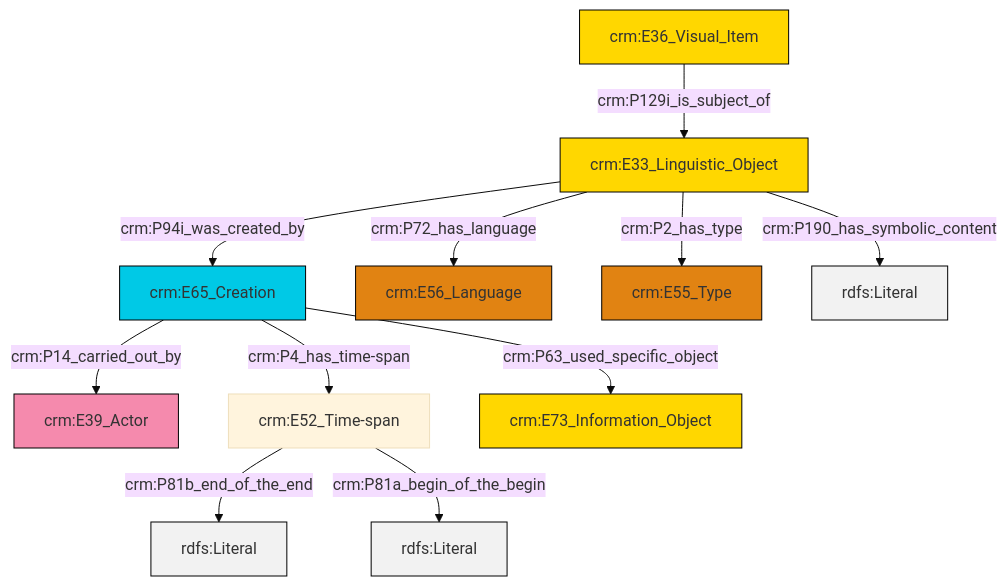
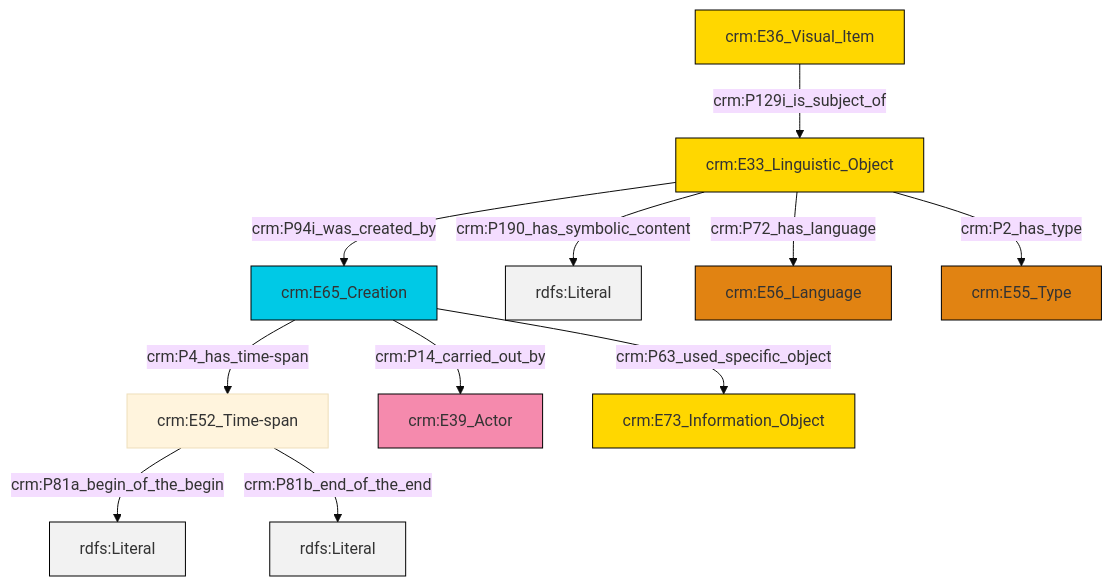
The diagram in et/imgCSV/ttl/mmd/img_desc.ttl.mmd (swiss-art-research-net/docs.swissartresearch), drawn with Mermaid (base theme) before and after one commit. The commit also changed 173 other files, not shown here.

```diff
--- a/et/imgCSV/ttl/mmd/img_desc.ttl.mmd
+++ b/et/imgCSV/ttl/mmd/img_desc.ttl.mmd
@@ -1,25 +1,25 @@
 graph TD
 classDef Literal fill:#f2f2f2,stroke:#000000;
 classDef CRM_Entity fill:#FFFFFF,stroke:#000000;
 classDef Temporal_Entity fill:#00C9E6, stroke:#000000;
 classDef Type fill:#E18312, stroke:#000000;
 classDef Time-Span fill:#2C9C91, stroke:#000000;
 classDef Appellation fill:#FFEB7F, stroke:#000000;
 classDef Place fill:#008836, stroke:#000000;
 classDef Persistent_Item fill:#B266B2, stroke:#000000;
 classDef Conceptual_Object fill:#FFD700, stroke:#000000;
 classDef Physical_Thing fill:#D2B48C, stroke:#000000;
 classDef Actor fill:#f58aad, stroke:#000000;
 classDef PC_Classes fill:#4ce600, stroke:#000000;
 classDef Multi fill:#cccccc,stroke:#000000;
 
-0["crm:E65_Creation"]:::Temporal_Entity -->|crm:P14_carried_out_by| 1["crm:E39_Actor"]:::Actor
-2["crm:E33_Linguistic_Object"]:::Conceptual_Object -->|crm:P72_has_language| 4["crm:E56_Language"]:::Type
-8["crm:E36_Visual_Item"]:::Conceptual_Object -->|crm:P129i_is_subject_of| 2["crm:E33_Linguistic_Object"]:::Conceptual_Object
-10["crm:E52_Time-span"]:::Default -->|crm:P81b_end_of_the_end| 11[rdfs:Literal]:::Literal
-0["crm:E65_Creation"]:::Temporal_Entity -->|crm:P4_has_time-span| 10["crm:E52_Time-span"]:::Default
-2["crm:E33_Linguistic_Object"]:::Conceptual_Object -->|crm:P2_has_type| 6["crm:E55_Type"]:::Type
-2["crm:E33_Linguistic_Object"]:::Conceptual_Object -->|crm:P190_has_symbolic_content| 16[rdfs:Literal]:::Literal
-2["crm:E33_Linguistic_Object"]:::Conceptual_Object -->|crm:P94i_was_created_by| 0["crm:E65_Creation"]:::Temporal_Entity
-0["crm:E65_Creation"]:::Temporal_Entity -->|crm:P63_used_specific_object| 14["crm:E73_Information_Object"]:::Conceptual_Object
-10["crm:E52_Time-span"]:::Default -->|crm:P81a_begin_of_the_begin| 18[rdfs:Literal]:::Literal
+0["crm:E33_Linguistic_Object"]:::Conceptual_Object -->|crm:P94i_was_created_by| 1["crm:E65_Creation"]:::Temporal_Entity
+2["crm:E52_Time-span"]:::Default -->|crm:P81a_begin_of_the_begin| 6[rdfs:Literal]:::Literal
+0["crm:E33_Linguistic_Object"]:::Conceptual_Object -->|crm:P190_has_symbolic_content| 9[rdfs:Literal]:::Literal
+0["crm:E33_Linguistic_Object"]:::Conceptual_Object -->|crm:P72_has_language| 10["crm:E56_Language"]:::Type
+1["crm:E65_Creation"]:::Temporal_Entity -->|crm:P63_used_specific_object| 11["crm:E73_Information_Object"]:::Conceptual_Object
+2["crm:E52_Time-span"]:::Default -->|crm:P81b_end_of_the_end| 12[rdfs:Literal]:::Literal
+4["crm:E36_Visual_Item"]:::Conceptual_Object -->|crm:P129i_is_subject_of| 0["crm:E33_Linguistic_Object"]:::Conceptual_Object
+1["crm:E65_Creation"]:::Temporal_Entity -->|crm:P14_carried_out_by| 7["crm:E39_Actor"]:::Actor
+0["crm:E33_Linguistic_Object"]:::Conceptual_Object -->|crm:P2_has_type| 14["crm:E55_Type"]:::Type
+1["crm:E65_Creation"]:::Temporal_Entity -->|crm:P4_has_time-span| 2["crm:E52_Time-span"]:::Default
```
